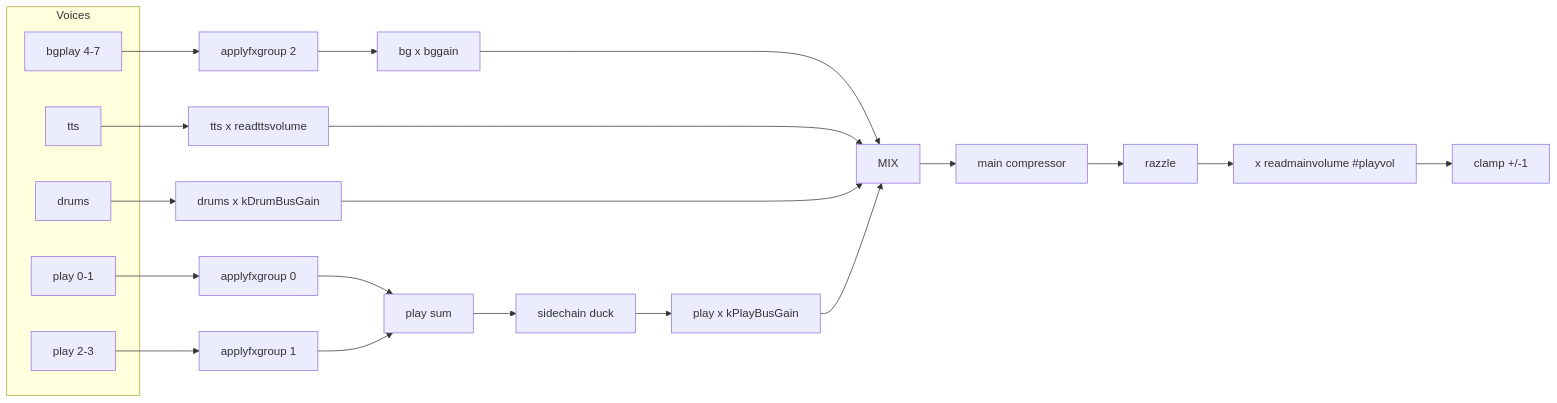
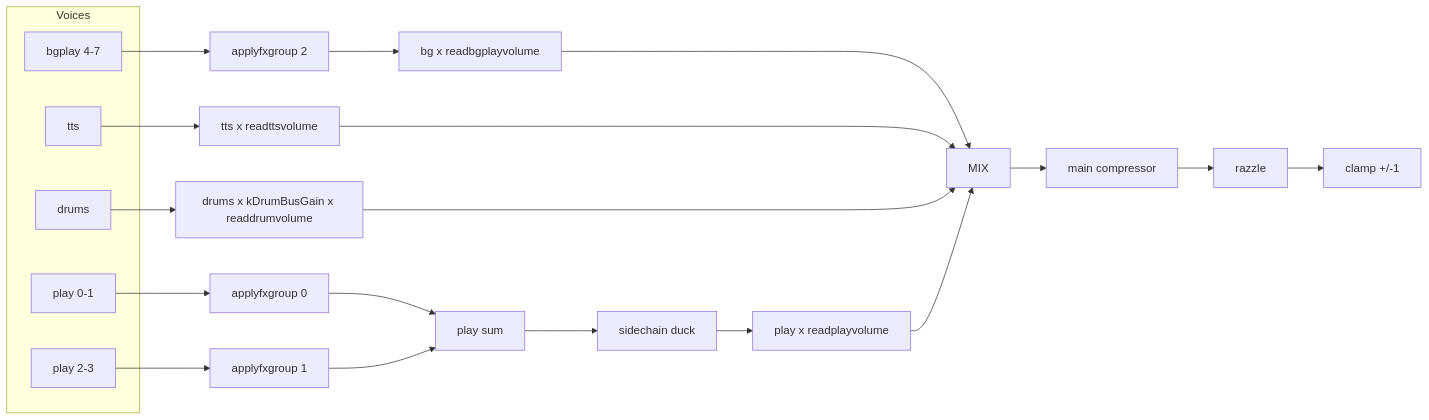
The diagram in zss/feature/synth/docs/(path)/gain-levels.mdx (goldbuick/zed-software-system), drawn with Mermaid before and after one commit. The commit also changed other lines of this file and 21 other files, not shown here.

````diff
--- a/zss/feature/synth/docs/(path)/gain-levels.mdx
+++ b/zss/feature/synth/docs/(path)/gain-levels.mdx
@@ -11,33 +11,32 @@
 ```mermaid
 flowchart LR
   subgraph voices [Voices]
     V0[play 0-1]
     V1[play 2-3]
     VBG[bgplay 4-7]
     DR[drums]
     TTS[tts]
   end
 
   V0 --> FX0["applyfxgroup 0"]
   V1 --> FX1["applyfxgroup 1"]
   VBG --> FX2["applyfxgroup 2"]
 
   FX0 --> PLAYSUM[play sum]
   FX1 --> PLAYSUM
-  FX2 --> BG["bg x bggain"]
+  FX2 --> BG["bg x readbgplayvolume"]
 
-  DR --> DRUM["drums x kDrumBusGain"]
+  DR --> DRUM["drums x kDrumBusGain x readdrumvolume"]
   TTS --> TTSL["tts x readttsvolume"]
 
   PLAYSUM --> SC["sidechain duck"]
-  SC --> PB["play x kPlayBusGain"]
+  SC --> PB["play x readplayvolume"]
   BG --> MIX
   TTSL --> MIX
   DRUM --> MIX
   PB --> MIX
 
   MIX --> MC[main compressor]
   MC --> RZ[razzle]
-  RZ --> MV["x readmainvolume #playvol"]
-  MV --> OUT["clamp +/-1"]
+  RZ --> OUT["clamp +/-1"]
 ```
````
